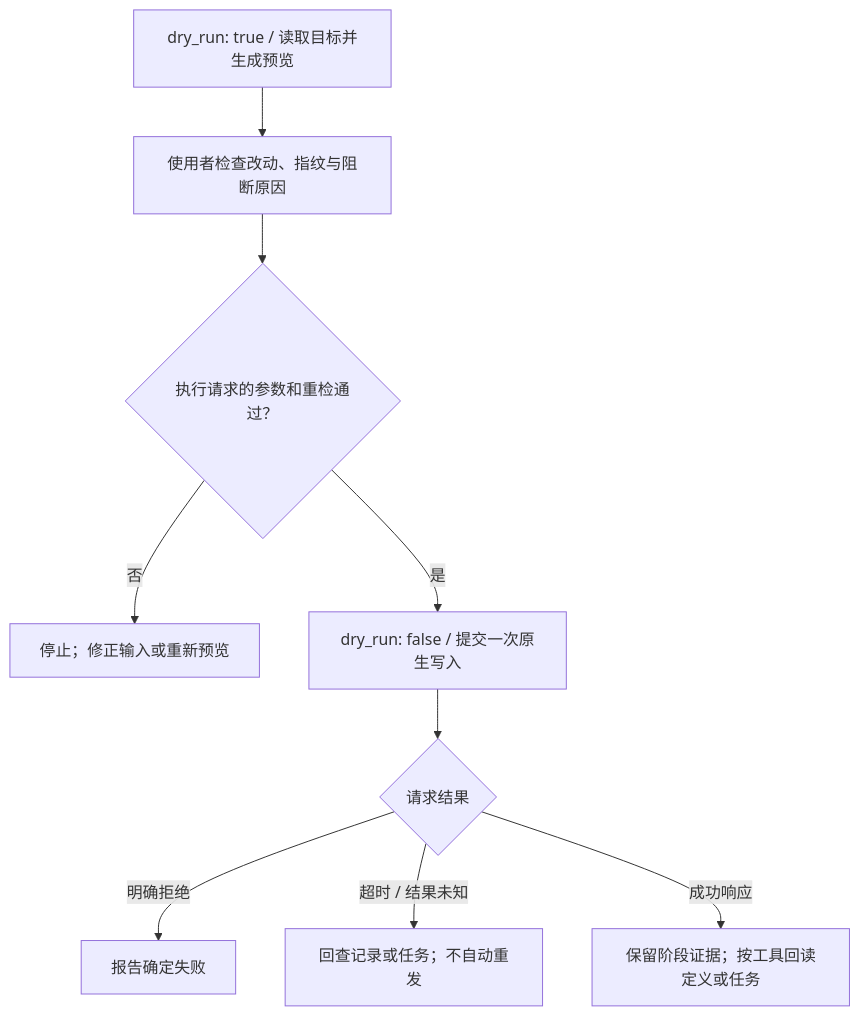
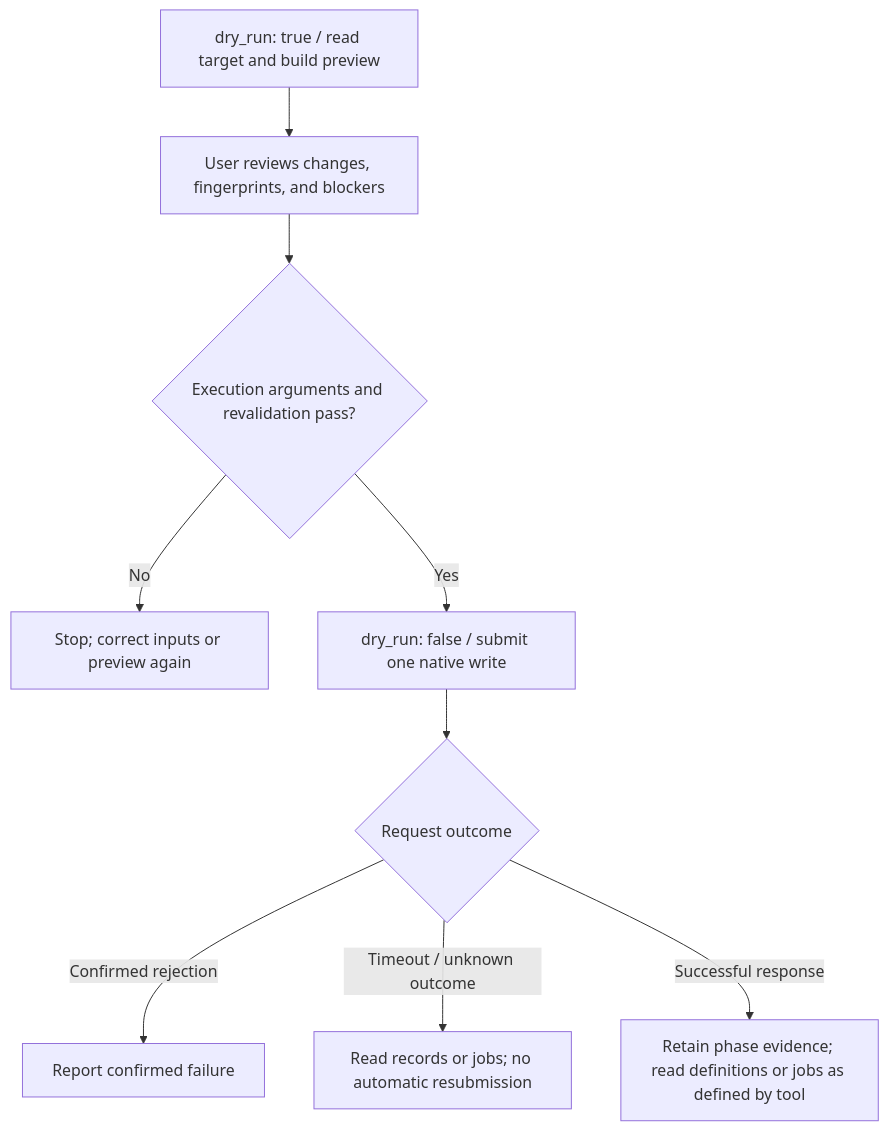
Before and after one commit to Kenny-666/Dynamics365-mcp-server: the third of 5 diagrams in README.md, drawn with Mermaid. The commit also changed other lines of this file and 11 other files, not shown here.

````diff
--- a/README.md
+++ b/README.md
@@ -328,11 +328,11 @@
 ```mermaid
 flowchart TD
-    Preview["dry_run: true / 读取目标并生成预览"] --> Review["使用者检查改动、指纹与阻断原因"]
-    Review --> Check{"执行请求的参数和重检通过？"}
-    Check -->|"否"| Replan["停止；修正输入或重新预览"]
-    Check -->|"是"| Send["dry_run: false / 提交一次原生写入"]
-    Send --> Outcome{"请求结果"}
-    Outcome -->|"明确拒绝"| Failed["报告确定失败"]
-    Outcome -->|"超时 / 结果未知"| Unknown["回查记录或任务；不自动重发"]
-    Outcome -->|"成功响应"| Accepted["保留阶段证据；按工具回读定义或任务"]
+    Preview["dry_run: true / read target and build preview"] --> Review["User reviews changes, fingerprints, and blockers"]
+    Review --> Check{"Execution arguments and revalidation pass?"}
+    Check -->|"No"| Replan["Stop; correct inputs or preview again"]
+    Check -->|"Yes"| Send["dry_run: false / submit one native write"]
+    Send --> Outcome{"Request outcome"}
+    Outcome -->|"Confirmed rejection"| Failed["Report confirmed failure"]
+    Outcome -->|"Timeout / unknown outcome"| Unknown["Read records or jobs; no automatic resubmission"]
+    Outcome -->|"Successful response"| Accepted["Retain phase evidence; read definitions or jobs as defined by tool"]
 ```
````
